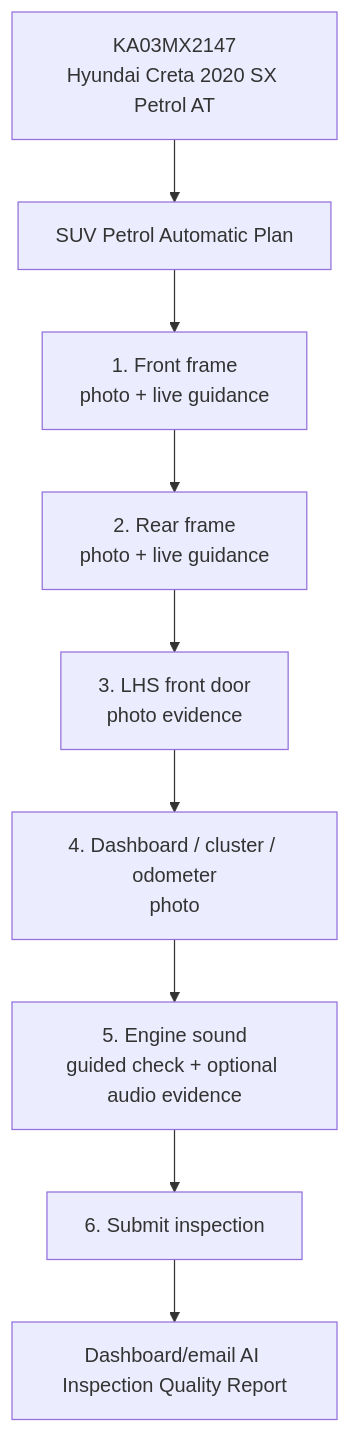
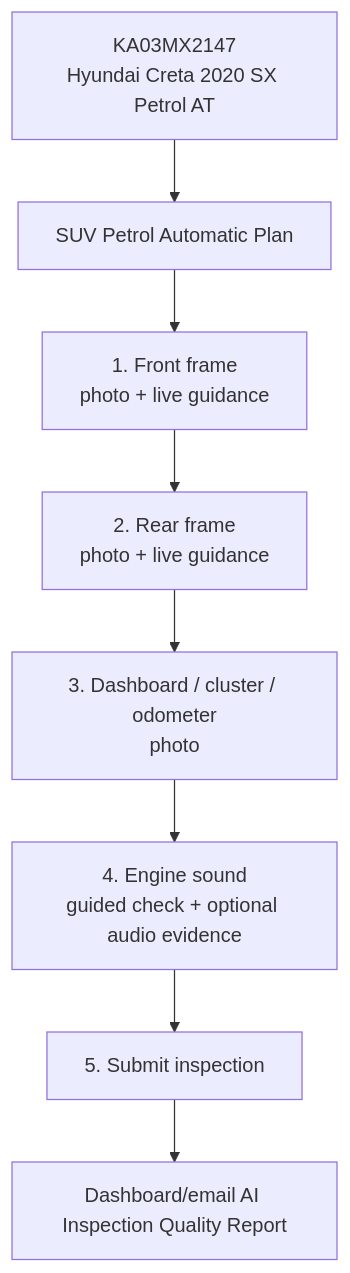
Before and after one commit to adityabhattad2021/Inspection-Copilot: diagram 11 of 20 in ARCHITECTURE.md, drawn with Mermaid. The commit also changed 26 other files, not shown here.

````diff
--- a/ARCHITECTURE.md
+++ b/ARCHITECTURE.md
@@ -420,11 +420,10 @@
 ```mermaid
 flowchart TD
   Vehicle["KA03MX2147<br/>Hyundai Creta 2020 SX Petrol AT"] --> Plan["SUV Petrol Automatic Plan"]
   Plan --> F["1. Front frame<br/>photo + live guidance"]
   F --> R["2. Rear frame<br/>photo + live guidance"]
-  R --> LHS["3. LHS front door<br/>photo evidence"]
-  LHS --> Dash["4. Dashboard / cluster / odometer<br/>photo"]
-  Dash --> Engine["5. Engine sound<br/>guided check + optional audio evidence"]
-  Engine --> Submit["6. Submit inspection"]
+  R --> Dash["3. Dashboard / cluster / odometer<br/>photo"]
+  Dash --> Engine["4. Engine sound<br/>guided check + optional audio evidence"]
+  Engine --> Submit["5. Submit inspection"]
   Submit --> Final["Dashboard/email AI Inspection Quality Report"]
 ```
````
